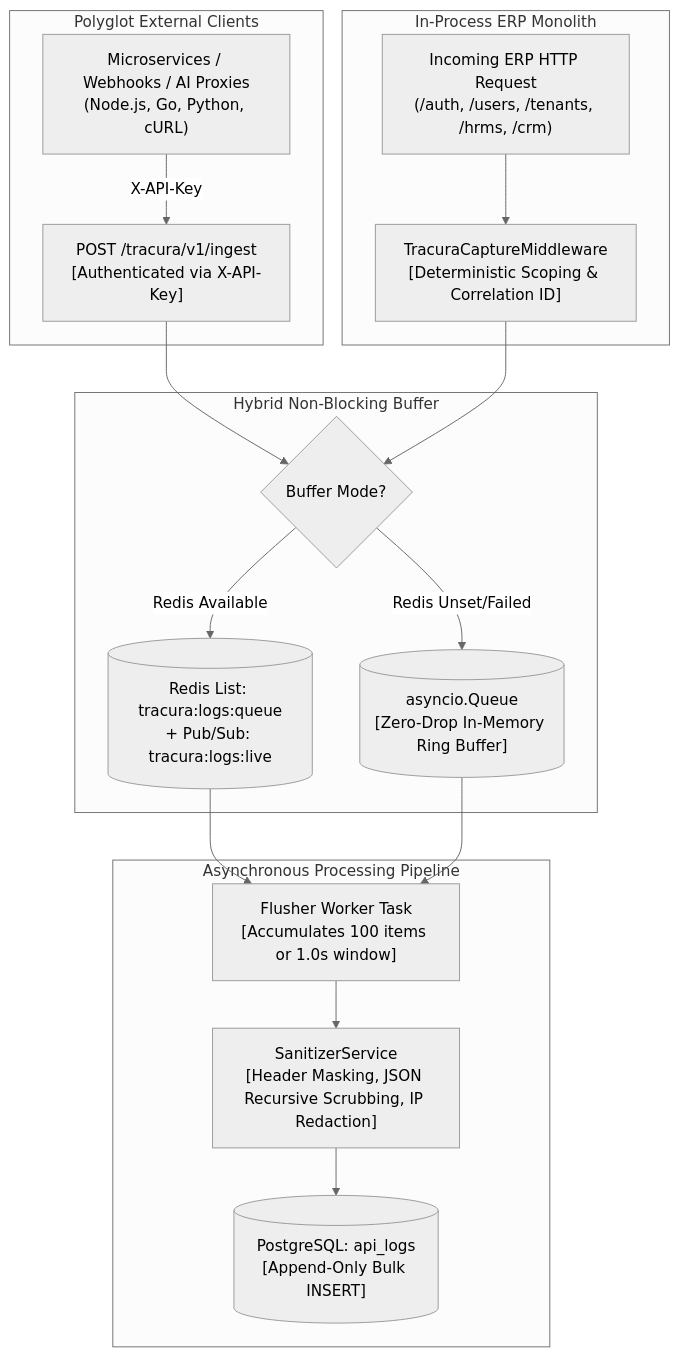
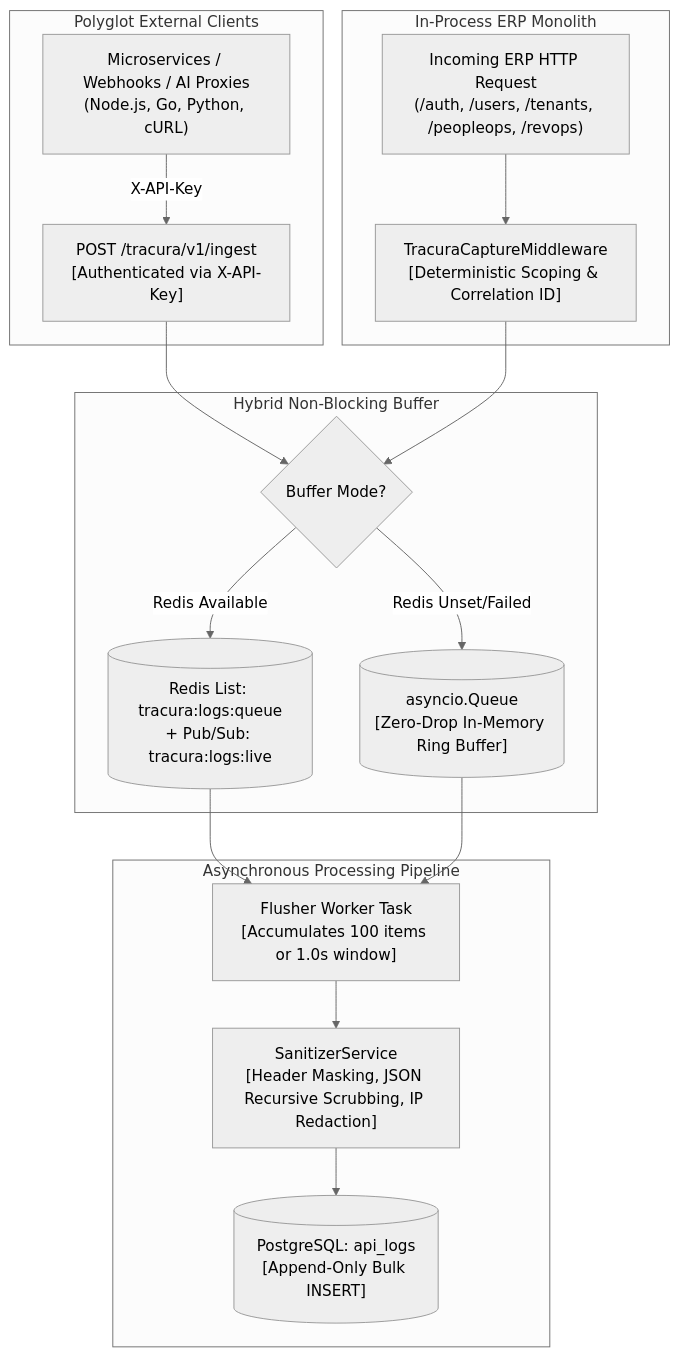
One commit to innostes-dev/erp changed the diagram in apps/landing/content/dev-docs/architecture/tracura.mdx. Above: the diagram before and after it, drawn with Mermaid (neutral theme). The commit also changed 189 other files, not shown here.

Commit message:
feat(modules): adopt hybrid naming convention, implement 7 module dashboards, and remove legacy CRM/HRMS identifiers

````diff
--- a/apps/landing/content/dev-docs/architecture/tracura.mdx
+++ b/apps/landing/content/dev-docs/architecture/tracura.mdx
@@ -21,37 +21,37 @@
 ```mermaid
 flowchart TD
   subgraph ExternalClients["Polyglot External Clients"]
     ExtService["Microservices / Webhooks / AI Proxies\n(Node.js, Go, Python, cURL)"]
     IngestAPI["POST /tracura/v1/ingest\n[Authenticated via X-API-Key]"]
   end
 
   subgraph InProcessHost["In-Process ERP Monolith"]
-    FastAPIApp["Incoming ERP HTTP Request\n(/auth, /users, /tenants, /hrms, /crm)"]
+    FastAPIApp["Incoming ERP HTTP Request\n(/auth, /users, /tenants, /peopleops, /revops)"]
     CaptureMiddleware["TracuraCaptureMiddleware\n[Deterministic Scoping & Correlation ID]"]
   end
 
   subgraph BufferEngine["Hybrid Non-Blocking Buffer"]
     BufferSwitch{"Buffer Mode?"}
     RedisQueue[("Redis List: tracura:logs:queue\n+ Pub/Sub: tracura:logs:live")]
     MemoryQueue[("asyncio.Queue\n[Zero-Drop In-Memory Ring Buffer]")]
   end
 
   subgraph WorkerPipeline["Asynchronous Processing Pipeline"]
     FlusherWorker["Flusher Worker Task\n[Accumulates 100 items or 1.0s window]"]
     Sanitizer["SanitizerService\n[Header Masking, JSON Recursive Scrubbing, IP Redaction]"]
     PostgresStore[("PostgreSQL: api_logs\n[Append-Only Bulk INSERT]")]
   end
 
   ExtService -->|X-API-Key| IngestAPI
   IngestAPI --> BufferSwitch
   FastAPIApp --> CaptureMiddleware
   CaptureMiddleware --> BufferSwitch
 
   BufferSwitch -->|Redis Available| RedisQueue
   BufferSwitch -->|Redis Unset/Failed| MemoryQueue
 
   RedisQueue --> FlusherWorker
   MemoryQueue --> FlusherWorker
   FlusherWorker --> Sanitizer
   Sanitizer --> PostgresStore
 ```
````
